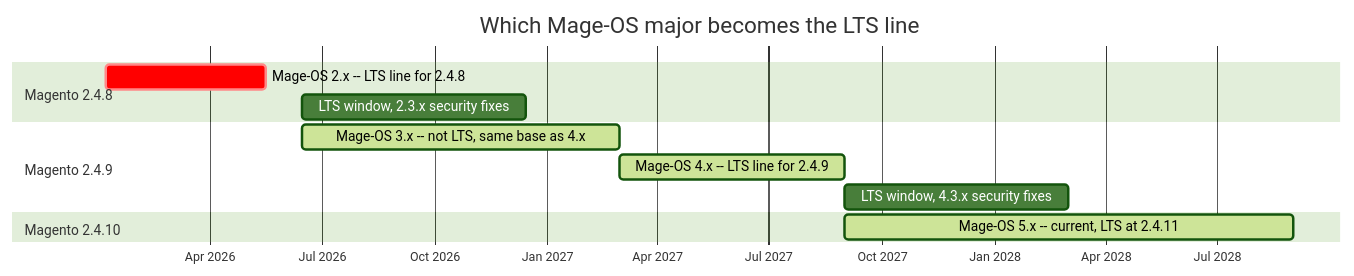
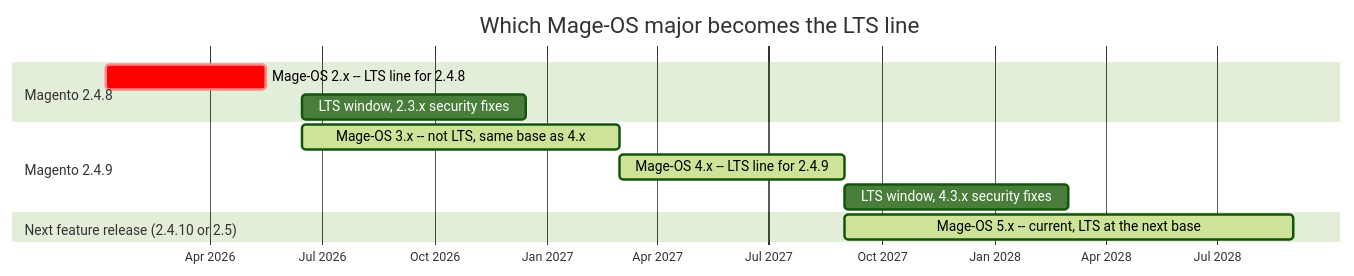
The first of 2 diagrams in RELEASE-GRACE-WINDOW-PROPOSAL.md (marcelmtz/generate-mirror-repo-js), drawn with Mermaid (forest theme) before and after one commit. The commit also changed other lines of this file and 1 other file, not shown here.

First line of the commit message:
Stop asserting the next Magento version number

````diff
--- a/RELEASE-GRACE-WINDOW-PROPOSAL.md
+++ b/RELEASE-GRACE-WINDOW-PROPOSAL.md
@@ -39,18 +42,18 @@
 ```mermaid
 gantt
     title Which Mage-OS major becomes the LTS line
     dateFormat YYYY-MM-DD
     axisFormat %b %Y
 
     section Magento 2.4.8
     Mage-OS 2.x  -- LTS line for 2.4.8       :crit, m2, 2026-01-06, 2026-05-17
     LTS window, 2.3.x security fixes         :w2, 2026-06-15, 2026-12-15
 
     section Magento 2.4.9
     Mage-OS 3.x  -- not LTS, same base as 4.x :active, m3, 2026-06-15, 2027-03-01
     Mage-OS 4.x  -- LTS line for 2.4.9        :active, m4, 2027-03-01, 2027-09-01
     LTS window, 4.3.x security fixes          :w4, 2027-09-01, 2028-03-01
 
-    section Magento 2.4.10
-    Mage-OS 5.x  -- current, LTS at 2.4.11    :active, m5, 2027-09-01, 2028-09-01
+    section Next feature release (2.4.10 or 2.5)
+    Mage-OS 5.x  -- current, LTS at the next base :active, m5, 2027-09-01, 2028-09-01
 ```
````
